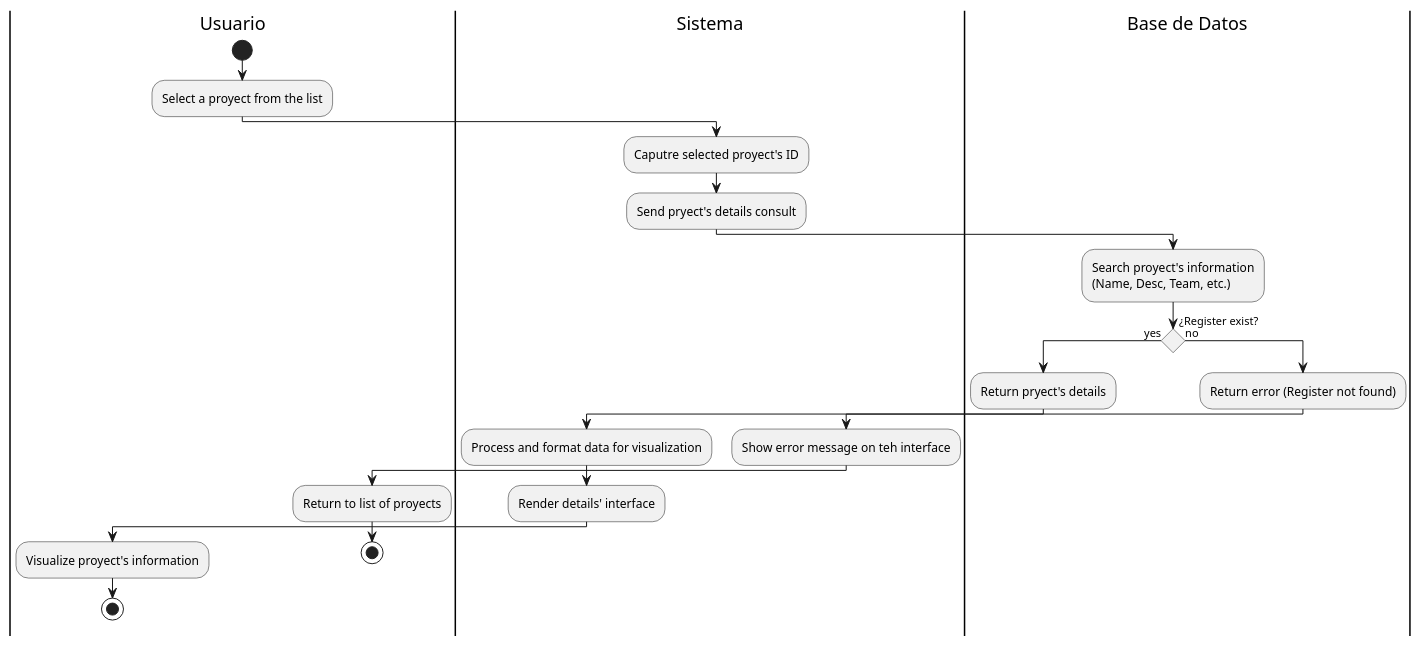
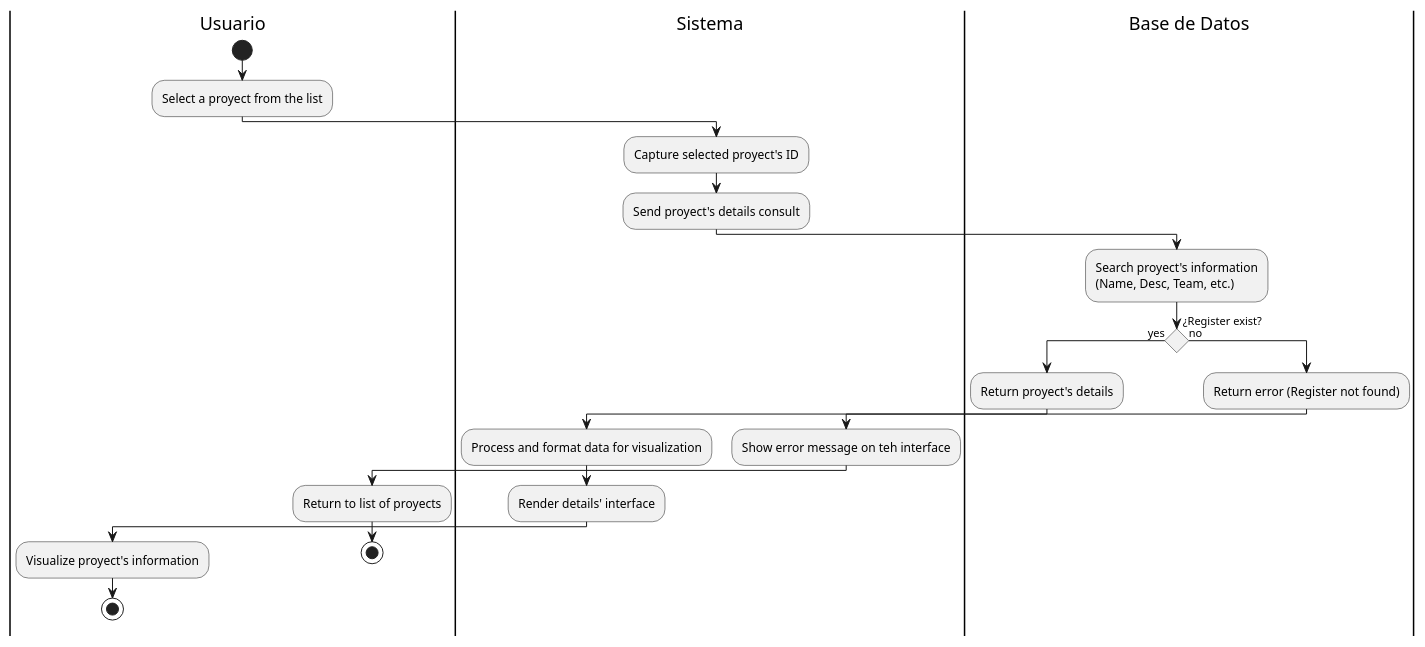
Before and after one commit to Berthou05/LimboSoftwareDevelopment_Change.org: the diagram in documentation/activity_diagrams/PROJ-04-ActivityDiagram.puml, drawn with PlantUML. The commit also changed 8 other files, not shown here.

Commit message:
[Chore] Fixed diagrams

```diff
--- a/documentation/activity_diagrams/PROJ-04-ActivityDiagram.puml
+++ b/documentation/activity_diagrams/PROJ-04-ActivityDiagram.puml
@@ -1,31 +1,31 @@
 @startuml
 skinparam conditionStyle diamond
 |Usuario|
 start
 :Select a proyect from the list;
 
 |Sistema|
-:Caputre selected proyect's ID;
-:Send pryect's details consult;
+:Capture selected proyect's ID;
+:Send proyect's details consult;
 
 |Base de Datos|
 :Search proyect's information\n(Name, Desc, Team, etc.);
 
 if (¿Register exist?) then (yes)
-    :Return pryect's details;
+    :Return proyect's details;
     |Sistema|
     :Process and format data for visualization;
     :Render details' interface;
     |Usuario|
     :Visualize proyect's information;
     stop
 else (no)
     |Base de Datos|
     :Return error (Register not found);
     |Sistema|
     :Show error message on teh interface;
     |Usuario|
     :Return to list of proyects;
     stop
 endif
 @enduml
```
